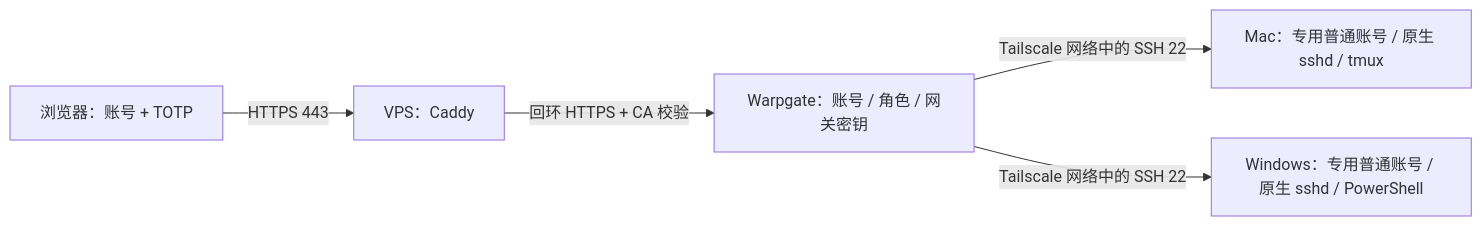
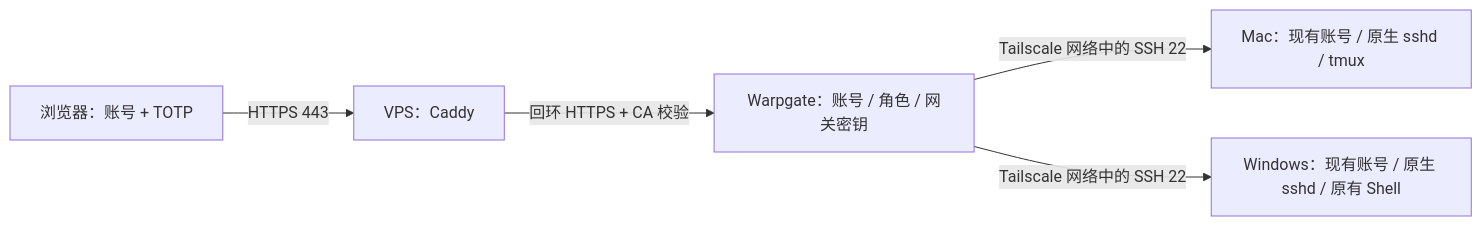
Before and after one commit to DMLayMan/warpgate-tailscale-mac: the diagram in README.md, drawn with Mermaid. The commit also changed other lines of this file and 17 other files, not shown here.

Commit message:
Reuse existing Mac and Windows accounts with scoped SSH hardening

````diff
--- a/README.md
+++ b/README.md
@@ -7,7 +7,7 @@
 ```mermaid
 flowchart LR
     Browser[浏览器：账号 + TOTP] -->|HTTPS 443| Caddy[VPS：Caddy]
     Caddy -->|回环 HTTPS + CA 校验| WG[Warpgate：账号 / 角色 / 网关密钥]
-    WG -->|Tailscale 网络中的 SSH 22| Mac[Mac：专用普通账号 / 原生 sshd / tmux]
-    WG -->|Tailscale 网络中的 SSH 22| Win[Windows：专用普通账号 / 原生 sshd / PowerShell]
+    WG -->|Tailscale 网络中的 SSH 22| Mac[Mac：现有账号 / 原生 sshd / tmux]
+    WG -->|Tailscale 网络中的 SSH 22| Win[Windows：现有账号 / 原生 sshd / 原有 Shell]
 ```
````
